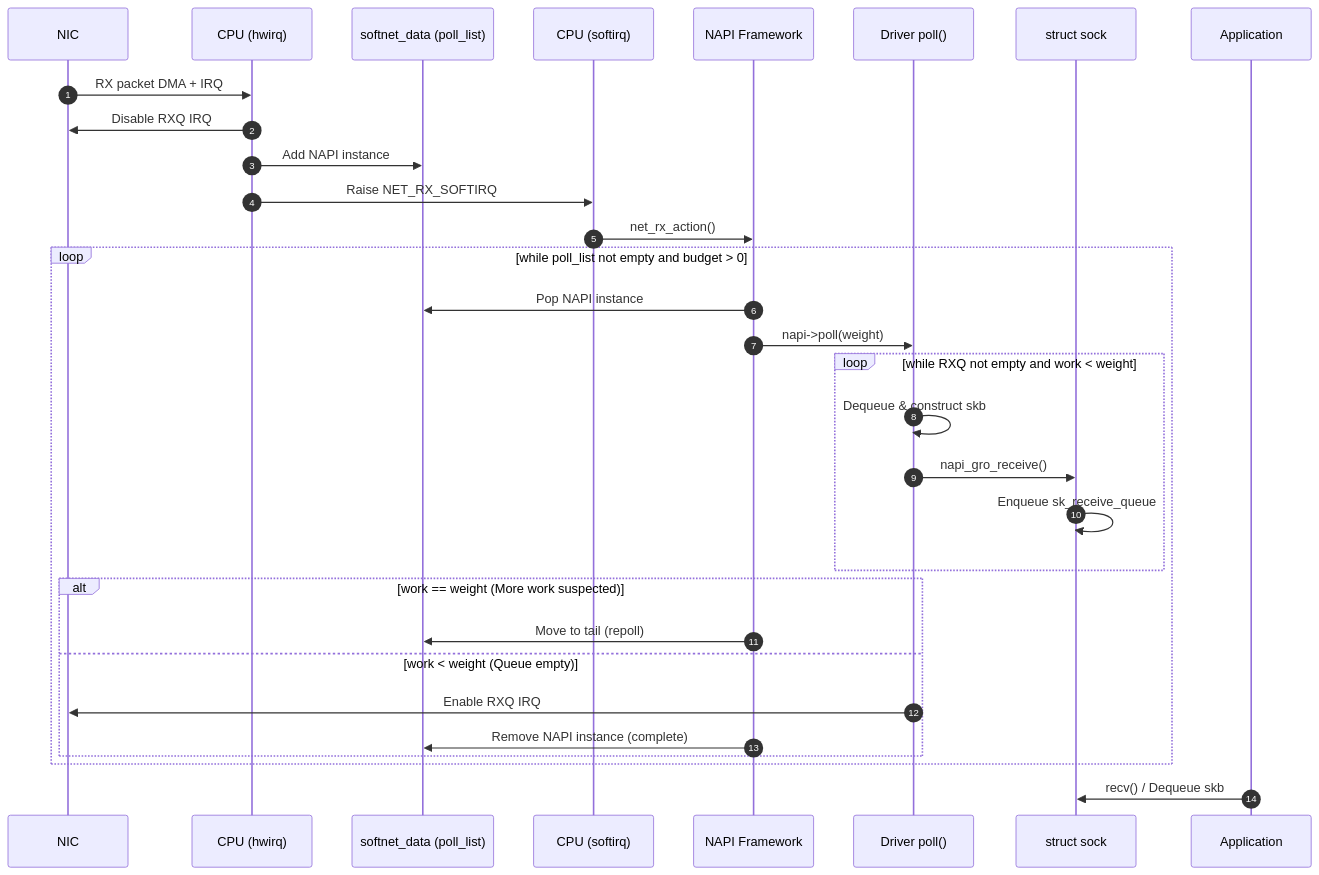
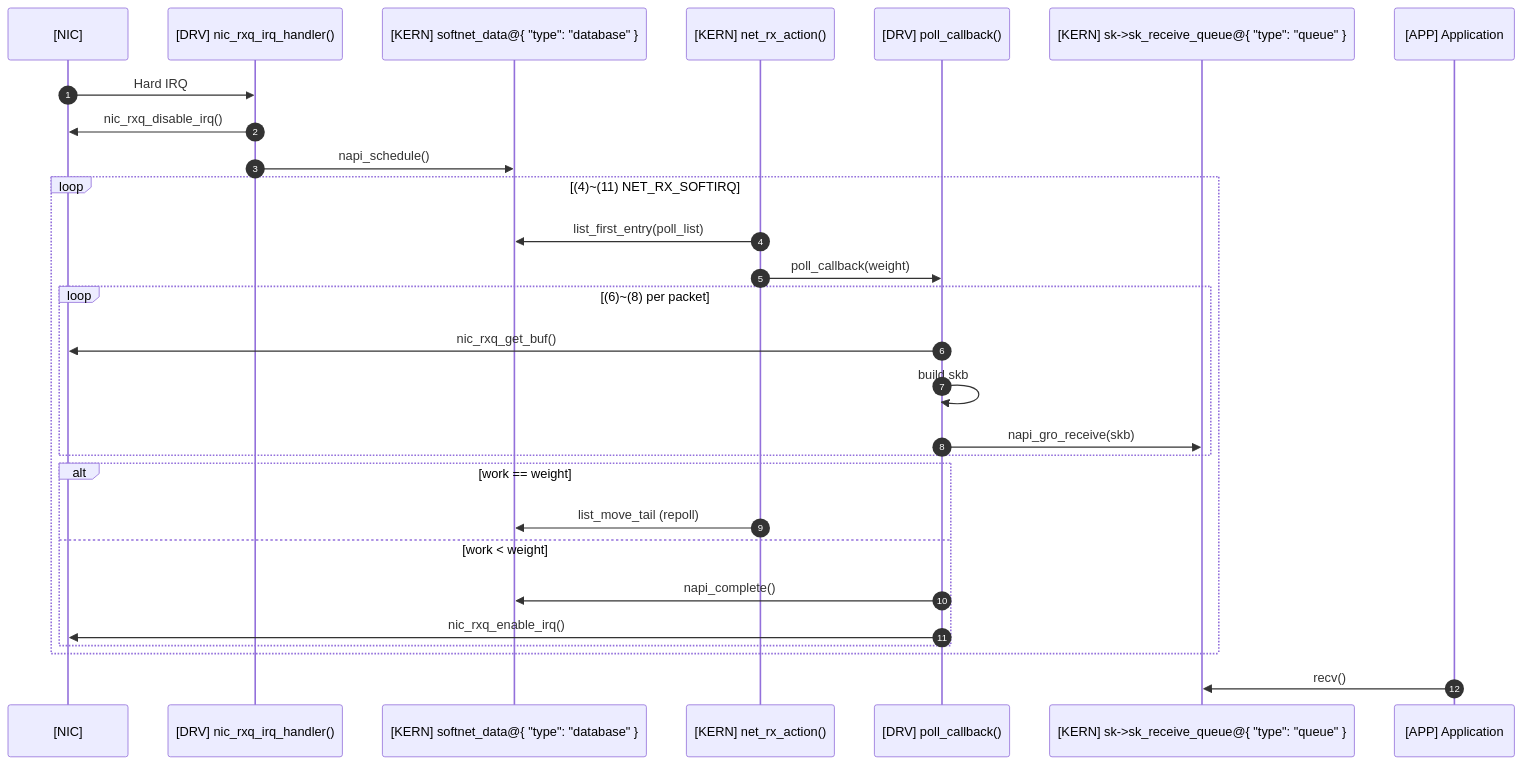
The sixth of 6 diagrams in posts/napi/04-busy-poll-01-baseline.md (nuri-hwang/linux-network-posts), drawn with Mermaid before and after one commit. The commit also changed other lines of this file and 1 other file, not shown here.

Commit message:
Rewrite: NAPI busy poll(1/3, 2/3) posts from code-centric to diagram-centric format

````diff
--- a/posts/napi/04-busy-poll-01-baseline.md
+++ b/posts/napi/04-busy-poll-01-baseline.md
@@ -288,35 +162,32 @@
 ```mermaid
 sequenceDiagram
     autonumber
-    participant nic as NIC
-    participant hwirq as CPU (hwirq)
-    participant SD as softnet_data (poll_list)
-    participant softirq as CPU (softirq)
-    participant napi as NAPI Framework
-    participant drv as Driver poll()
-    participant sock as struct sock
-    participant app as Application
+    participant nic as [NIC]
+    participant irq as [DRV] nic_rxq_irq_handler()
+    participant sd as [KERN] softnet_data@{ "type": "database" }
+    participant napi as [KERN] net_rx_action()
+    participant drv as [DRV] poll_callback()
+    participant rcvq as [KERN] sk->sk_receive_queue@{ "type": "queue" }
+    participant app as [APP] Application
 
-    nic->>hwirq: RX packet DMA + IRQ
-    hwirq->>nic: Disable RXQ IRQ
-    hwirq->>SD: Add NAPI instance
-    hwirq->>softirq: Raise NET_RX_SOFTIRQ
-    softirq->>napi: net_rx_action()
+    nic ->> irq: Hard IRQ
+    irq ->> nic: nic_rxq_disable_irq()
+    irq ->> sd: napi_schedule()
 
-    loop while poll_list not empty and budget > 0
-        napi->>SD: Pop NAPI instance
-        napi->>drv: napi->poll(weight)
-        loop while RXQ not empty and work < weight
-            drv->>drv: Dequeue & construct skb
-            drv->>sock: napi_gro_receive()
-            sock->>sock: Enqueue sk_receive_queue
+    loop (4)~(11) NET_RX_SOFTIRQ
+        napi ->> sd: list_first_entry(poll_list)
+        napi ->> drv: poll_callback(weight)
+        loop (6)~(8) per packet
+            drv ->> nic: nic_rxq_get_buf()
+            drv ->> drv: build skb
+            drv ->> rcvq: napi_gro_receive(skb)
         end
-        alt work == weight (More work suspected)
-            napi->>SD: Move to tail (repoll)
-        else work < weight (Queue empty)
-            drv->>nic: Enable RXQ IRQ
-            napi->>SD: Remove NAPI instance (complete)
+        alt work == weight
+            napi ->> sd: list_move_tail (repoll)
+        else work < weight
+            drv ->> sd: napi_complete()
+            drv ->> nic: nic_rxq_enable_irq()
         end
     end
-    app->>sock: recv() / Dequeue skb
+    app ->> rcvq: recv()
 ```
````
